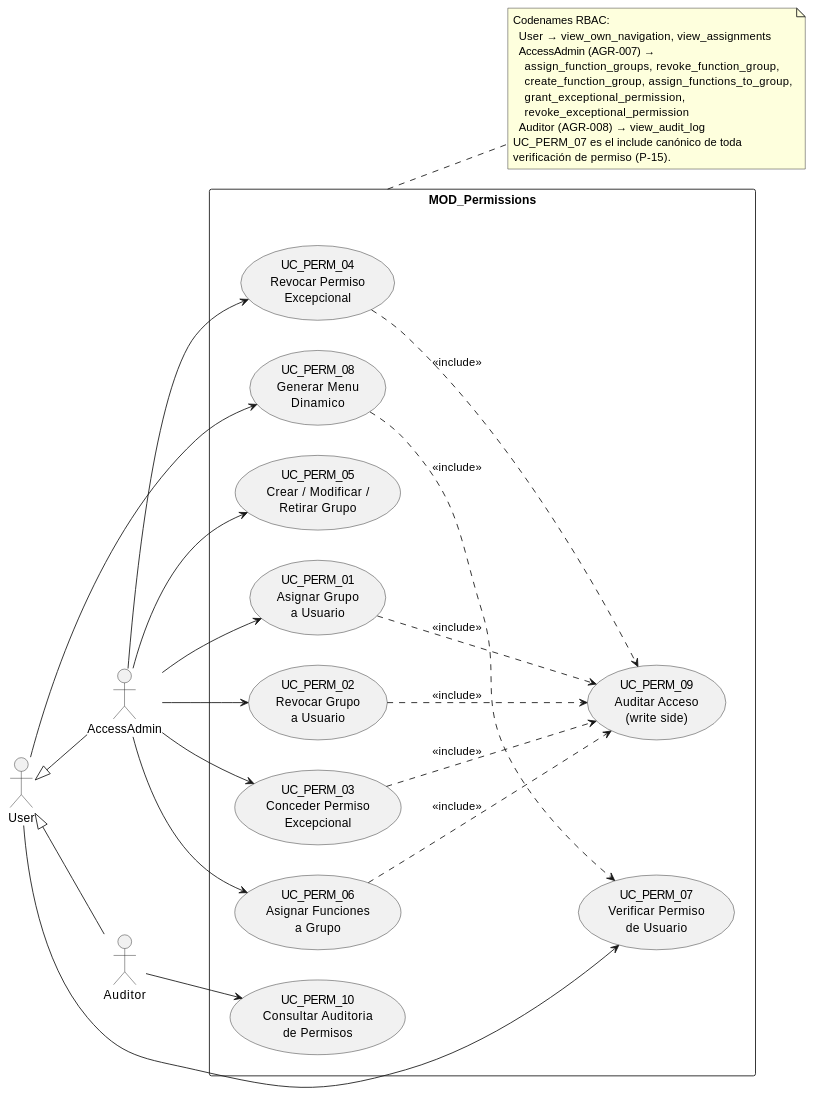
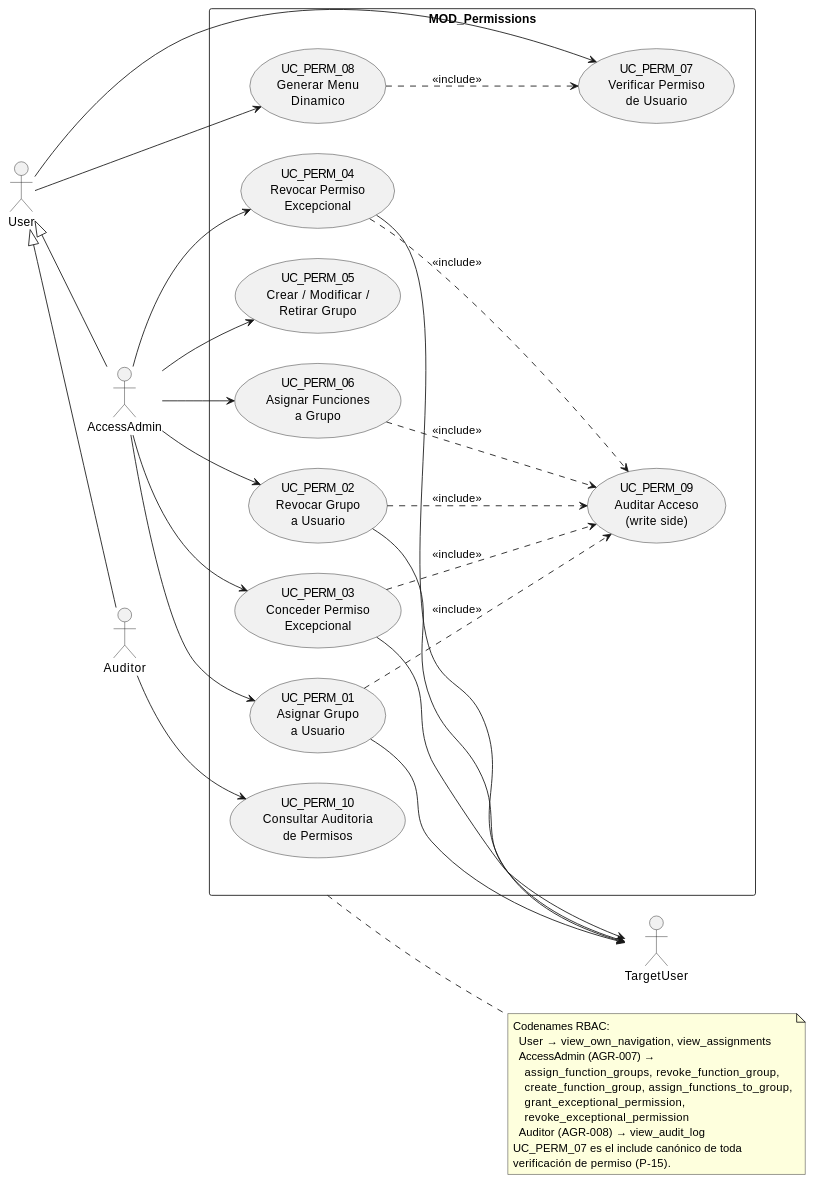
The diagram in source/arquitectura-tecnica/use-case-view/permissions/index.rst (jcg-admin/IACT-docs), drawn with PlantUML before and after one commit. The commit also changed 12 other files, not shown here.

First line of the commit message:
Apply uml-07 remediation Phase 3+5: beneficiaries + panoramas

```diff
--- a/source/arquitectura-tecnica/use-case-view/permissions/index.rst
+++ b/source/arquitectura-tecnica/use-case-view/permissions/index.rst
@@ -23,60 +23,66 @@
 .. uml::
  :caption: MOD_Permissions — AccessAdmin gestiona;
            User autenticado consume verificación y menú.
 
  @startuml
  left to right direction
 
  actor User
  actor AccessAdmin
  actor Auditor
 
+ actor TargetUser
  User <|-- AccessAdmin
  User <|-- Auditor
 
  rectangle "MOD_Permissions" {
    usecase "UC_PERM_01\nAsignar Grupo\na Usuario" as ASIGNAR_GRUPO
    usecase "UC_PERM_02\nRevocar Grupo\na Usuario" as REVOCAR_GRUPO
    usecase "UC_PERM_03\nConceder Permiso\nExcepcional" as CONCEDER_PERMISO_EXCEPCIONAL
    usecase "UC_PERM_04\nRevocar Permiso\nExcepcional" as REVOCAR_PERMISO_EXCEPCIONAL
    usecase "UC_PERM_05\nCrear / Modificar /\nRetirar Grupo" as GESTIONAR_GRUPO_ACCESO
    usecase "UC_PERM_06\nAsignar Funciones\na Grupo" as ASIGNAR_FUNCIONES_GRUPO
    usecase "UC_PERM_07\nVerificar Permiso\nde Usuario" as VERIFICAR_PERMISO_USUARIO
    usecase "UC_PERM_08\nGenerar Menu\nDinamico" as GENERAR_MENU_DINAMICO
    usecase "UC_PERM_09\nAuditar Acceso\n(write side)" as AUDITAR_ACCESO
    usecase "UC_PERM_10\nConsultar Auditoria\nde Permisos" as AUDITORIA_ACCESO
  }
 
  User --> GENERAR_MENU_DINAMICO
  User --> VERIFICAR_PERMISO_USUARIO
 
  AccessAdmin --> ASIGNAR_GRUPO
  AccessAdmin --> REVOCAR_GRUPO
  AccessAdmin --> CONCEDER_PERMISO_EXCEPCIONAL
  AccessAdmin --> REVOCAR_PERMISO_EXCEPCIONAL
  AccessAdmin --> GESTIONAR_GRUPO_ACCESO
  AccessAdmin --> ASIGNAR_FUNCIONES_GRUPO
 
  Auditor --> AUDITORIA_ACCESO
 
  ASIGNAR_GRUPO ..> AUDITAR_ACCESO : <<include>>
  REVOCAR_GRUPO ..> AUDITAR_ACCESO : <<include>>
  CONCEDER_PERMISO_EXCEPCIONAL ..> AUDITAR_ACCESO : <<include>>
  REVOCAR_PERMISO_EXCEPCIONAL ..> AUDITAR_ACCESO : <<include>>
  ASIGNAR_FUNCIONES_GRUPO ..> AUDITAR_ACCESO : <<include>>
  GENERAR_MENU_DINAMICO ..> VERIFICAR_PERMISO_USUARIO : <<include>>
+ ASIGNAR_GRUPO --> TargetUser
+ REVOCAR_GRUPO --> TargetUser
+ CONCEDER_PERMISO_EXCEPCIONAL --> TargetUser
+ REVOCAR_PERMISO_EXCEPCIONAL --> TargetUser
+
 
  note right of MOD_Permissions
    Codenames RBAC:
      User → view_own_navigation, view_assignments
      AccessAdmin (AGR-007) →
        assign_function_groups, revoke_function_group,
        create_function_group, assign_functions_to_group,
        grant_exceptional_permission,
        revoke_exceptional_permission
      Auditor (AGR-008) → view_audit_log
    UC_PERM_07 es el include canónico de toda
    verificación de permiso (P-15).
  end note
 
  @enduml
```
